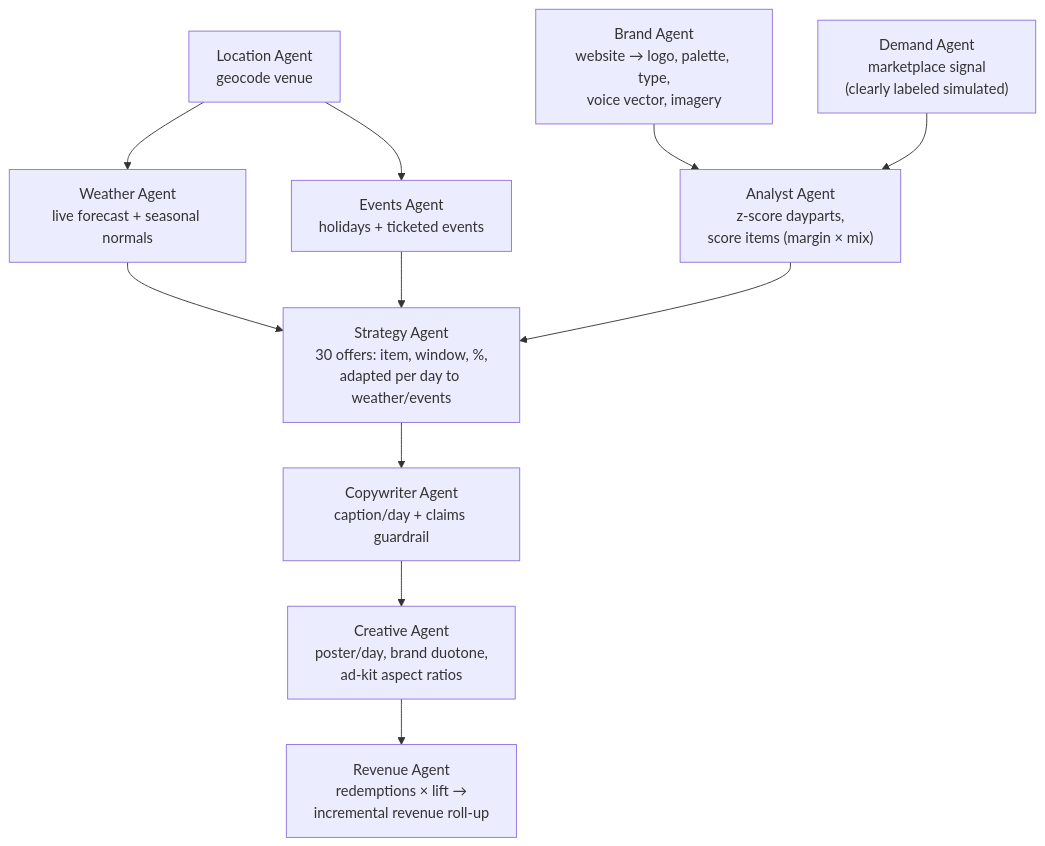
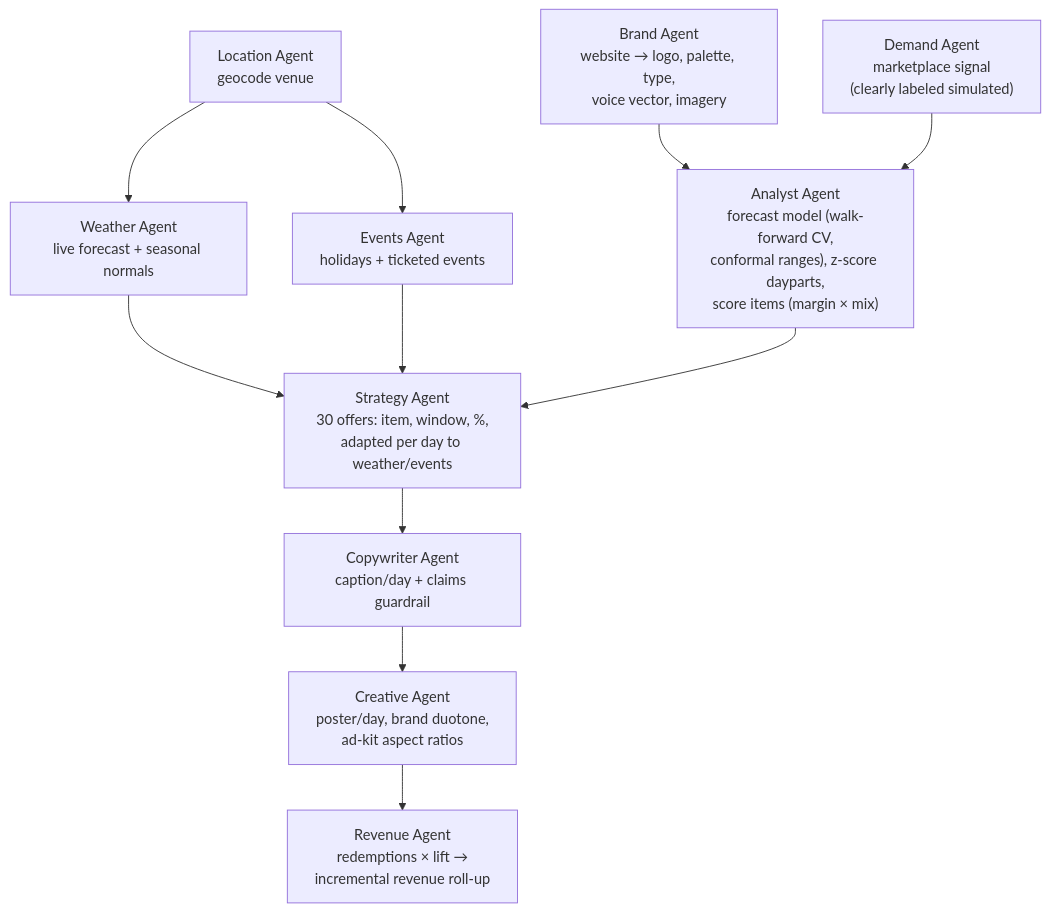
Before and after one commit to rohitdvv/swell: the second of 5 diagrams in ARCHITECTURE.md, drawn with Mermaid. The commit also changed other lines of this file and 13 other files, not shown here.

First line of the commit message:
Fix unreadable poster text in production; refresh README + ARCHITECTURE

````diff
--- a/ARCHITECTURE.md
+++ b/ARCHITECTURE.md
@@ -61,19 +69,19 @@
 ```mermaid
 flowchart TB
   B["Brand Agent<br/>website → logo, palette, type,<br/>voice vector, imagery"]
   D["Demand Agent<br/>marketplace signal<br/>(clearly labeled simulated)"]
   LO["Location Agent<br/>geocode venue"]
   WE["Weather Agent<br/>live forecast + seasonal normals"]
   EV["Events Agent<br/>holidays + ticketed events"]
-  AN["Analyst Agent<br/>z-score dayparts,<br/>score items (margin × mix)"]
+  AN["Analyst Agent<br/>forecast model (walk-forward CV,<br/>conformal ranges), z-score dayparts,<br/>score items (margin × mix)"]
   ST["Strategy Agent<br/>30 offers: item, window, %,<br/>adapted per day to weather/events"]
   CO["Copywriter Agent<br/>caption/day + claims guardrail"]
   CR["Creative Agent<br/>poster/day, brand duotone,<br/>ad-kit aspect ratios"]
   RE["Revenue Agent<br/>redemptions × lift →<br/>incremental revenue roll-up"]
 
   B --> AN
   D --> AN
   LO --> WE --> ST
   LO --> EV --> ST
   AN --> ST --> CO --> CR --> RE
 ```
````
